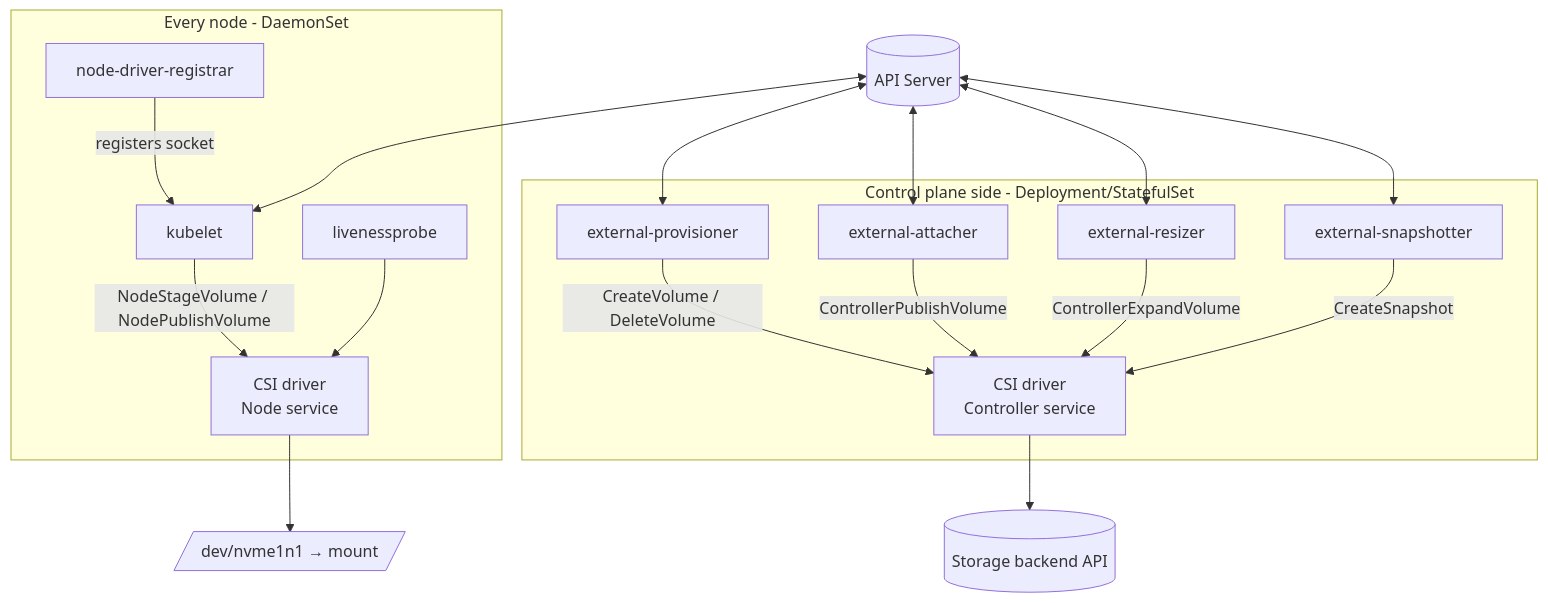
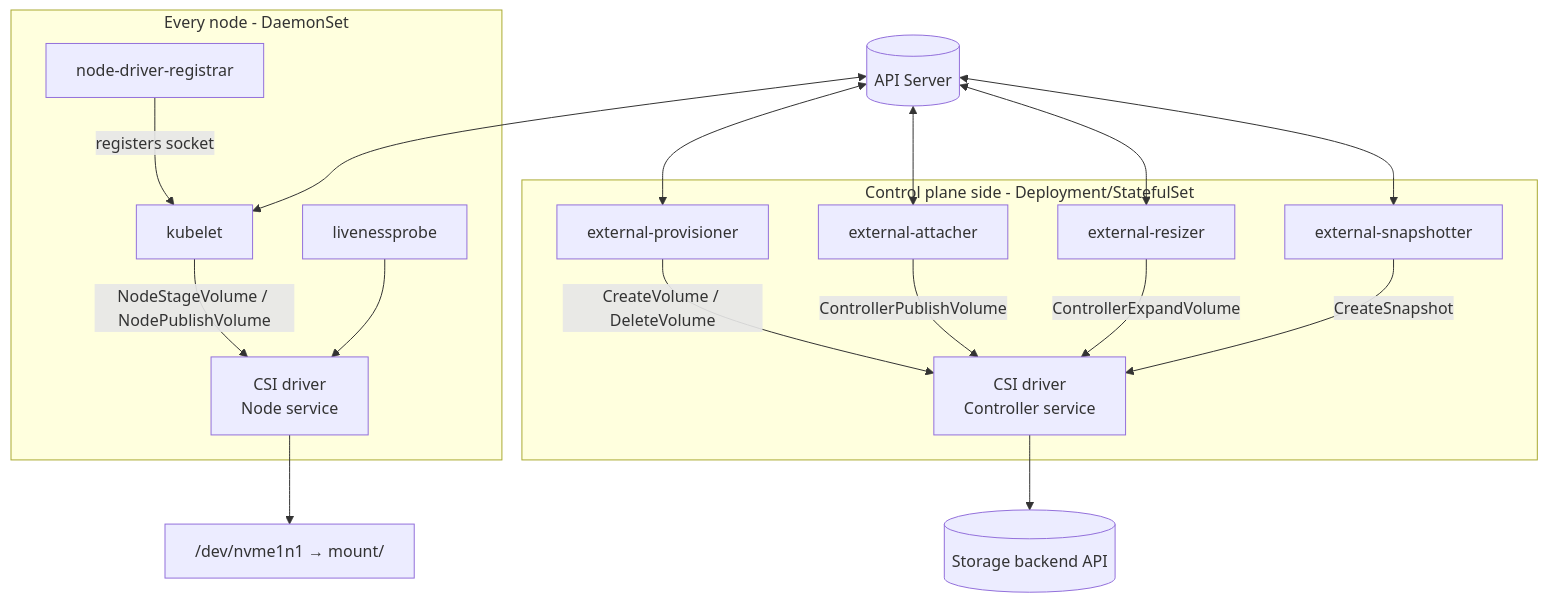
The fourth of 4 diagrams in docs/01-kubernetes-fundamentals/storage.md (GitOpsHub/platform-engineering-on-kubernetes), drawn with Mermaid before and after one commit. The commit also changed other lines of this file and 92 other files, not shown here.

````diff
--- a/docs/01-kubernetes-fundamentals/storage.md
+++ b/docs/01-kubernetes-fundamentals/storage.md
@@ -275,18 +275,18 @@
 ```mermaid
 graph TB
     subgraph Control plane side - Deployment/StatefulSet
-        EP[external-provisioner] -->|CreateVolume / DeleteVolume| CD[CSI driver<br/>Controller service]
+        EP[external-provisioner] -->|CreateVolume / DeleteVolume| CD["CSI driver<br/>Controller service"]
         EA[external-attacher] -->|ControllerPublishVolume| CD
         ER[external-resizer] -->|ControllerExpandVolume| CD
         ES[external-snapshotter] -->|CreateSnapshot| CD
     end
     subgraph Every node - DaemonSet
         NDR[node-driver-registrar] -->|registers socket| KL[kubelet]
-        KL -->|NodeStageVolume / NodePublishVolume| ND[CSI driver<br/>Node service]
+        KL -->|NodeStageVolume / NodePublishVolume| ND["CSI driver<br/>Node service"]
         LP[livenessprobe] --> ND
     end
     API[(API Server)] <--> EP & EA & ER & ES
     API <--> KL
     CD --> Backend[(Storage backend API)]
-    ND --> Dev[/dev/nvme1n1 → mount/]
+    ND --> Dev["/dev/nvme1n1 → mount/"]
 ```
````
